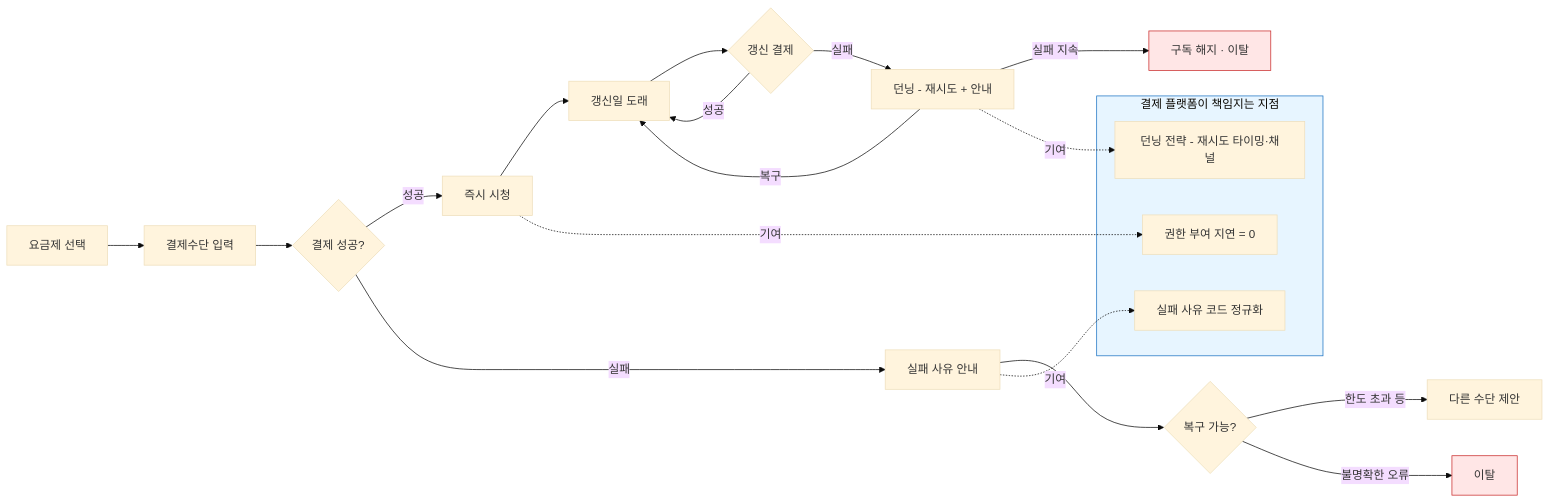
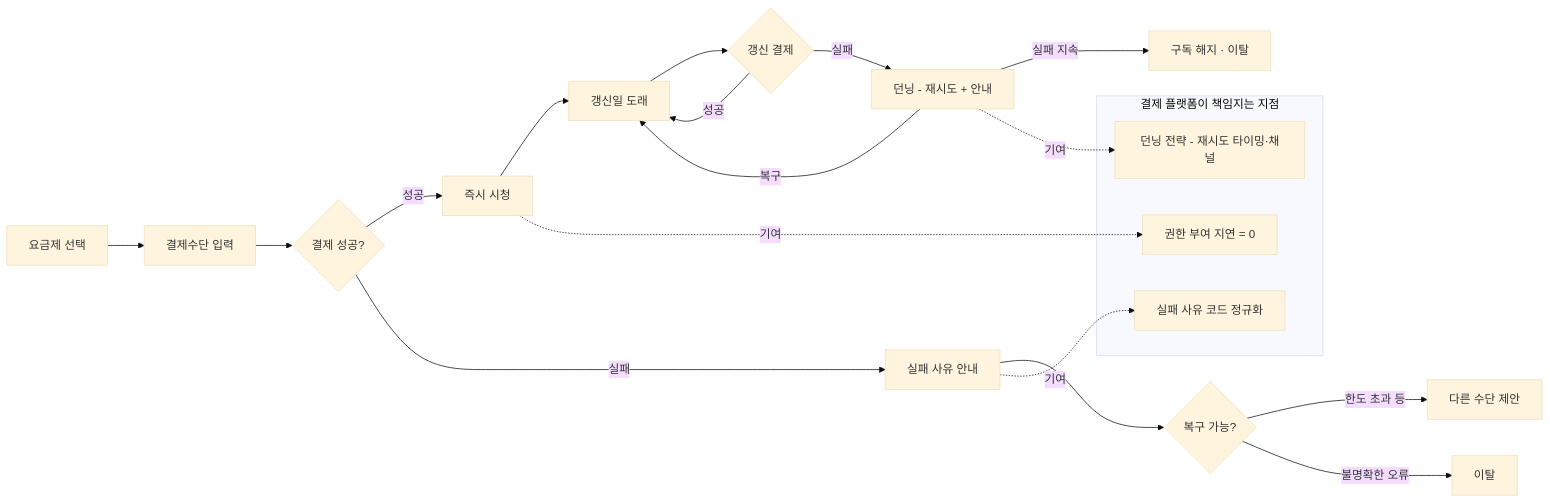
One commit to withwooyong/withwooyong.github.io changed diagram 11 of 17 in pages/product-lead-loadmap/02_결제정산.md. Above: the diagram before and after it, drawn with Mermaid (base theme). The commit also changed other lines of this file and 16 other files, not shown here.

````diff
--- a/pages/product-lead-loadmap/02_결제정산.md
+++ b/pages/product-lead-loadmap/02_결제정산.md
@@ -1008,31 +928,27 @@
 ```mermaid
 flowchart LR
     V1["요금제 선택"] --> V2["결제수단 입력"]
     V2 --> V3{"결제 성공?"}
     V3 -->|"성공"| V4["즉시 시청"]
     V3 -->|"실패"| V5["실패 사유 안내"]
     V5 --> V6{"복구 가능?"}
     V6 -->|"한도 초과 등"| V7["다른 수단 제안"]
     V6 -->|"불명확한 오류"| V8["이탈"]
 
     V4 --> V9["갱신일 도래"]
     V9 --> V10{"갱신 결제"}
     V10 -->|"성공"| V9
     V10 -->|"실패"| V11["던닝 - 재시도 + 안내"]
     V11 -->|"복구"| V9
     V11 -->|"실패 지속"| V12["구독 해지 · 이탈"]
 
     V5 -.기여.-> M1["실패 사유 코드 정규화"]
     V11 -.기여.-> M2["던닝 전략 - 재시도 타이밍·채널"]
     V4 -.기여.-> M3["권한 부여 지연 = 0"]
 
     subgraph IMPACT["결제 플랫폼이 책임지는 지점"]
         M1
         M2
         M3
     end
-
-    style V8 fill:#ffe6e6,stroke:#c92a2a
-    style V12 fill:#ffe6e6,stroke:#c92a2a
-    style IMPACT fill:#e7f5ff,stroke:#1971c2
 ```
````
